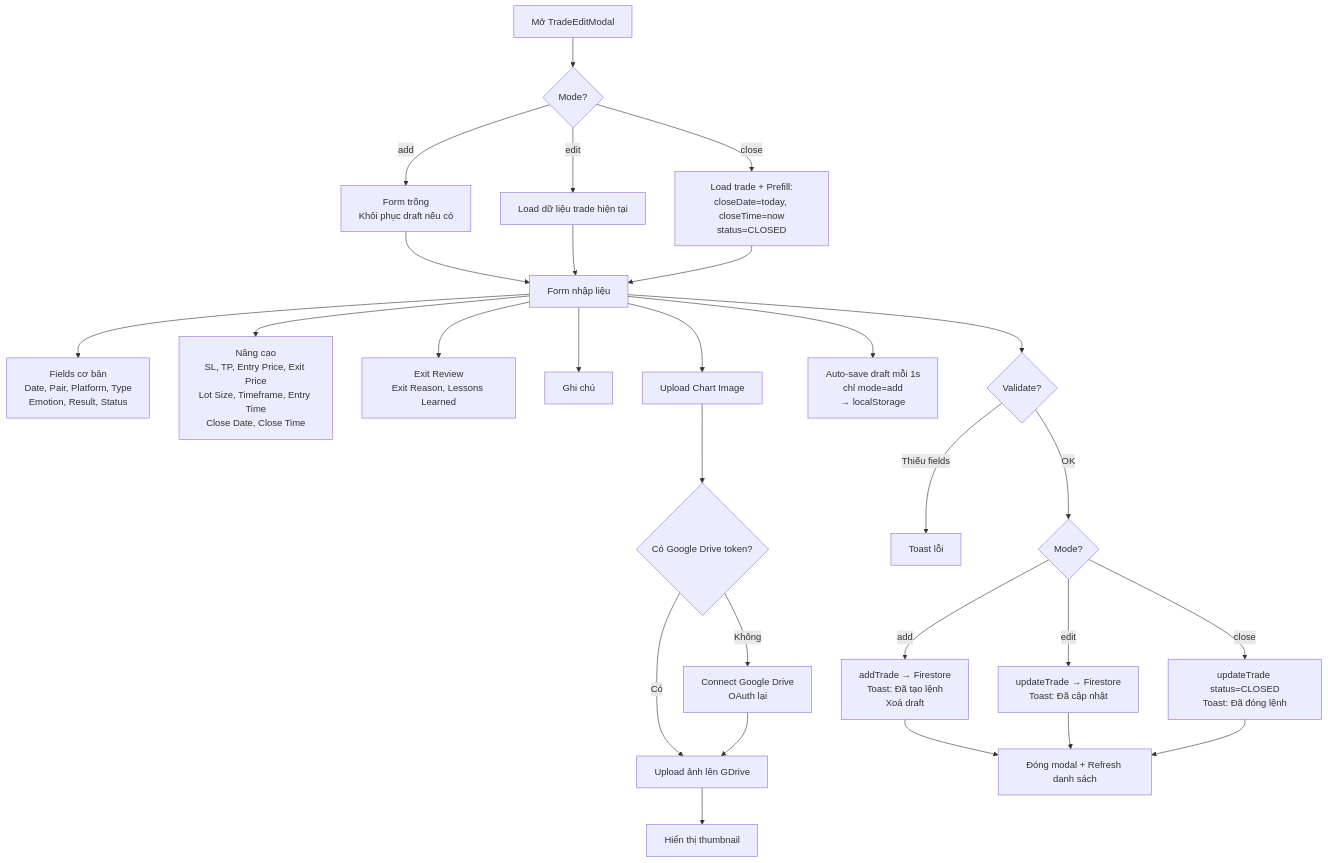
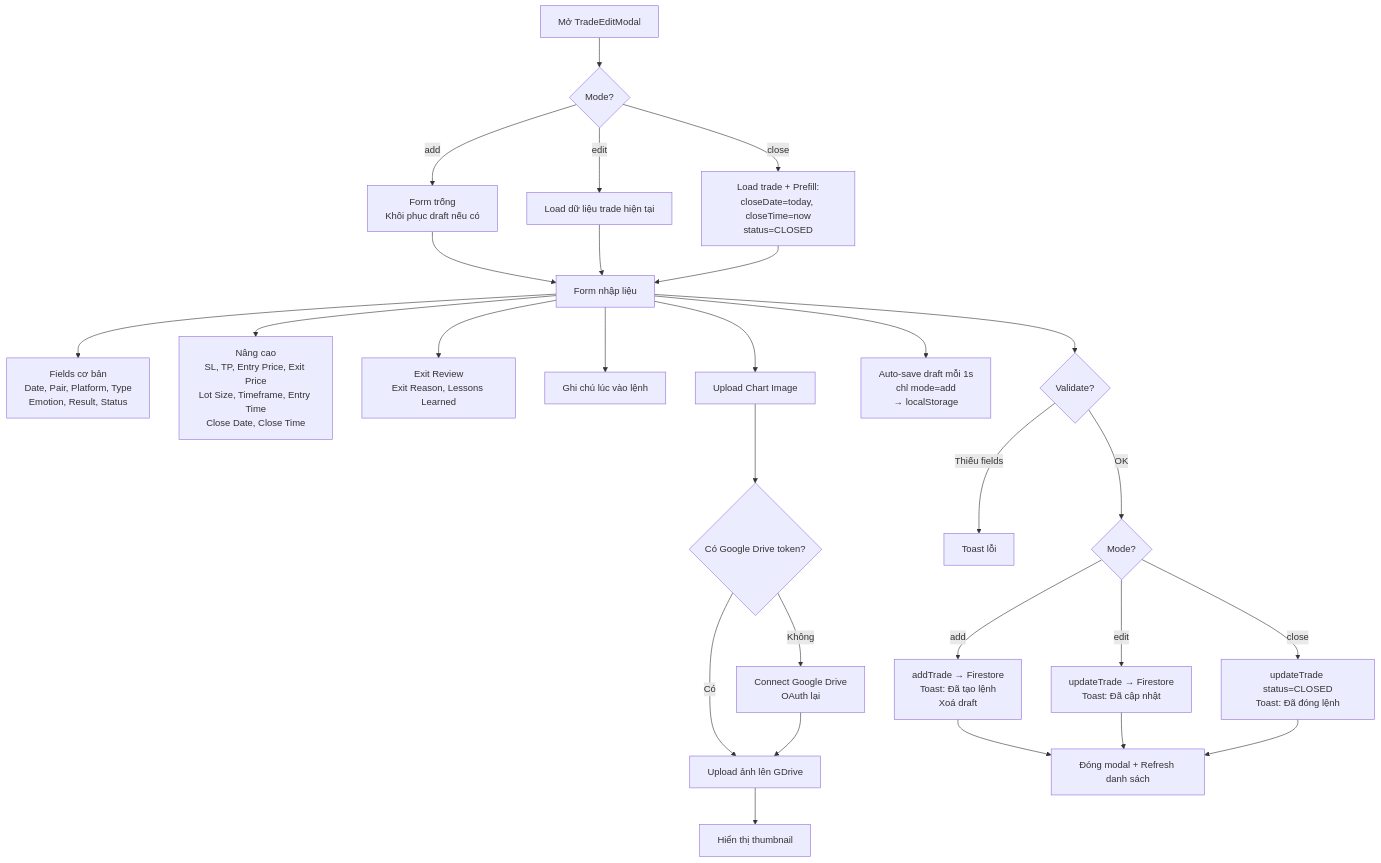
The third of 14 diagrams in APP_FLOW.md (TuanBT/tradingky), drawn with Mermaid before and after one commit. The commit also changed 6 other files, not shown here.

````diff
--- a/APP_FLOW.md
+++ b/APP_FLOW.md
@@ -81,38 +81,38 @@
 ```mermaid
 flowchart TD
     OPEN_MODAL[Mở TradeEditModal] --> MODE{Mode?}
     
     MODE -->|add| ADD["Form trống\nKhôi phục draft nếu có"]
     MODE -->|edit| EDIT[Load dữ liệu trade hiện tại]
     MODE -->|close| CLOSE["Load trade + Prefill:\ncloseDate=today, closeTime=now\nstatus=CLOSED"]
     
     ADD --> FORM
     EDIT --> FORM
     CLOSE --> FORM
     
     FORM[Form nhập liệu] --> BASIC["Fields cơ bản\nDate, Pair, Platform, Type\nEmotion, Result, Status"]
     FORM --> ADVANCED["Nâng cao\nSL, TP, Entry Price, Exit Price\nLot Size, Timeframe, Entry Time\nClose Date, Close Time"]
     FORM --> EXIT_FIELDS["Exit Review\nExit Reason, Lessons Learned"]
-    FORM --> NOTE_FIELD["Ghi chú"]
+    FORM --> NOTE_FIELD["Ghi chú lúc vào lệnh"]
     FORM --> CHART_UPLOAD["Upload Chart Image"]
     
     CHART_UPLOAD --> GDRIVE_CHECK{Có Google Drive token?}
     GDRIVE_CHECK -->|Không| CONNECT_GD["Connect Google Drive\nOAuth lại"]
     GDRIVE_CHECK -->|Có| UPLOAD[Upload ảnh lên GDrive]
     CONNECT_GD --> UPLOAD
     UPLOAD --> THUMBNAIL[Hiển thị thumbnail]
     
     FORM --> DRAFT_SAVE["Auto-save draft mỗi 1s\nchỉ mode=add\n→ localStorage"]
     
     FORM --> VALIDATE{Validate?}
     VALIDATE -->|Thiếu fields| ERROR_TOAST["Toast lỗi"]
     VALIDATE -->|OK| SAVE_ACTION{Mode?}
     
     SAVE_ACTION -->|add| FIRESTORE_ADD["addTrade → Firestore\nToast: Đã tạo lệnh\nXoá draft"]
     SAVE_ACTION -->|edit| FIRESTORE_UPDATE["updateTrade → Firestore\nToast: Đã cập nhật"]
     SAVE_ACTION -->|close| FIRESTORE_CLOSE["updateTrade status=CLOSED\nToast: Đã đóng lệnh"]
     
     FIRESTORE_ADD --> REFRESH[Đóng modal + Refresh danh sách]
     FIRESTORE_UPDATE --> REFRESH
     FIRESTORE_CLOSE --> REFRESH
 ```
````
